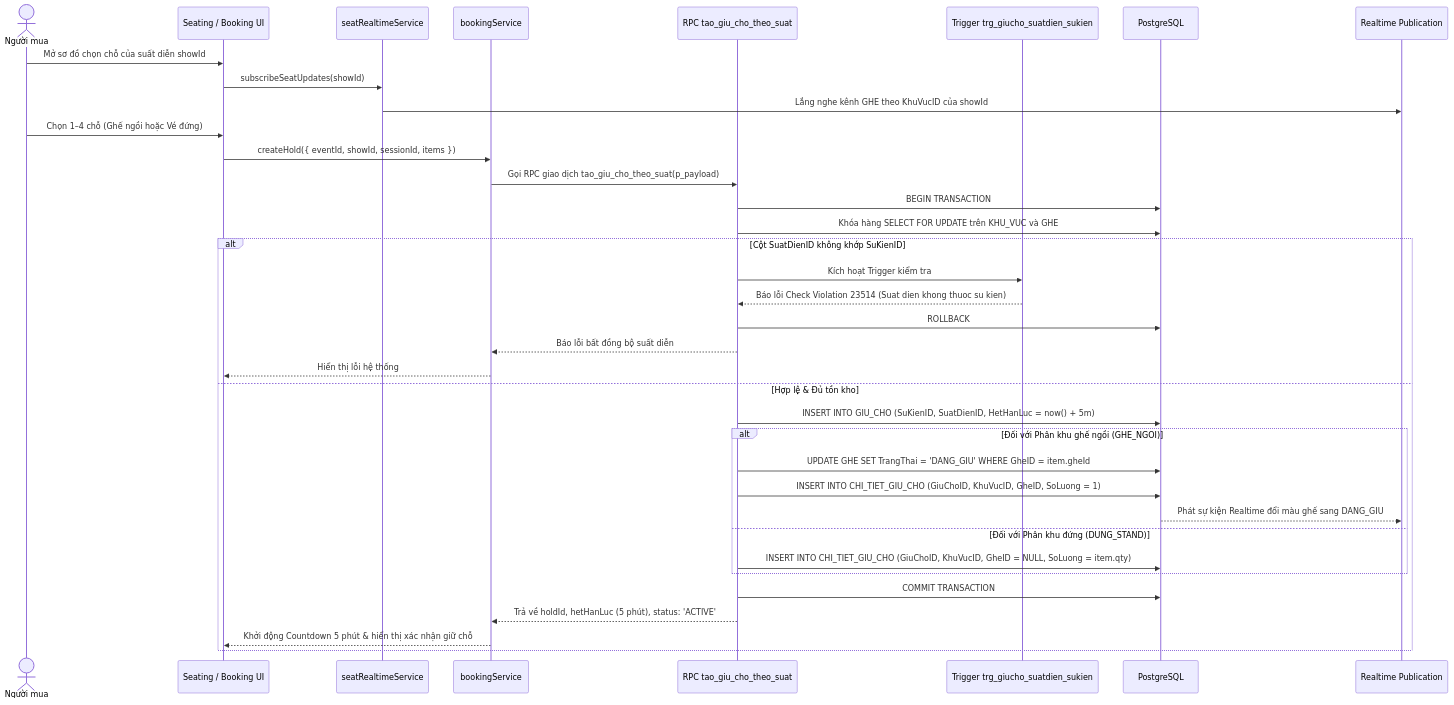
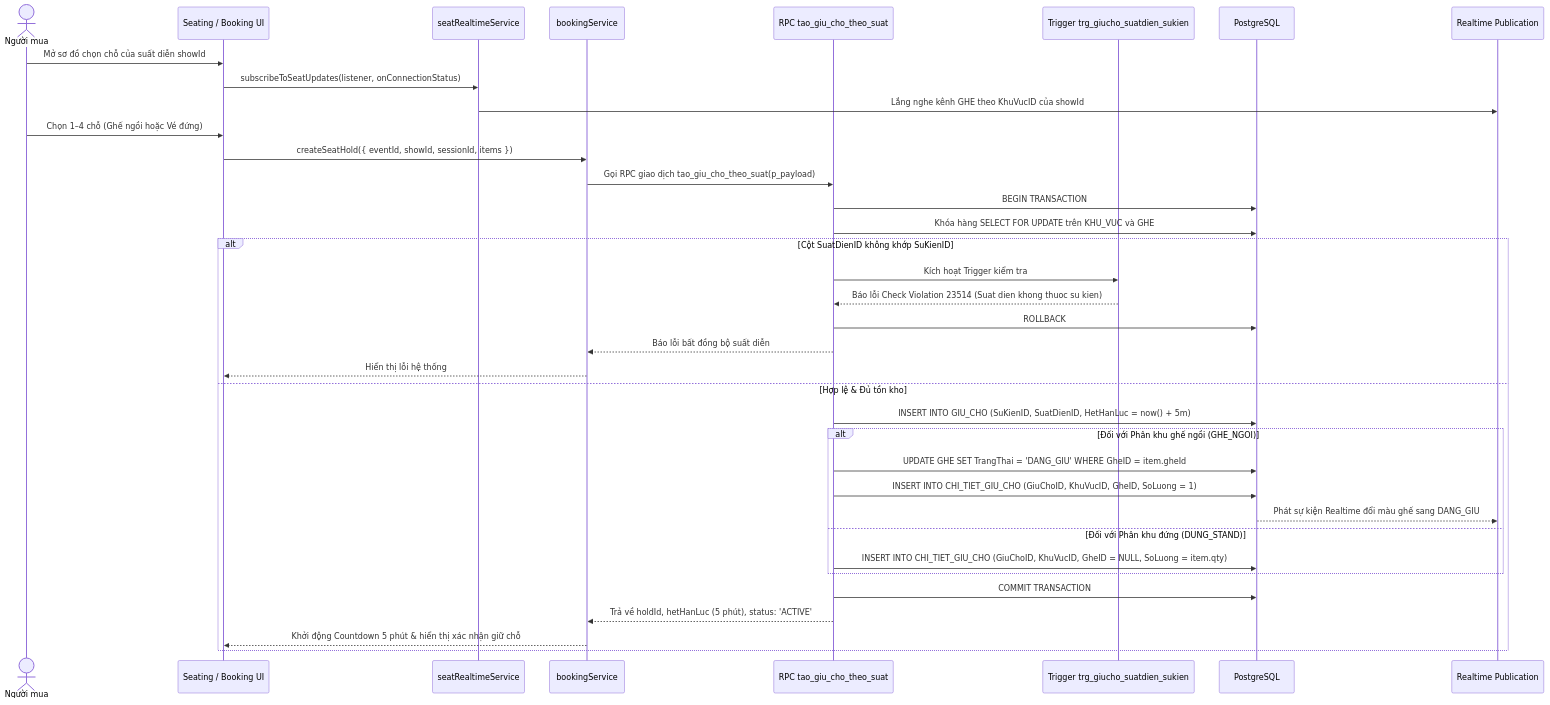
Before and after one commit to minhdc2011/EVENTTICKETING: the seventh of 11 diagrams in docs/sprint1-deliverables/02_ANALYSIS_AND_SYSTEM_DESIGN.md, drawn with Mermaid. The commit also changed other lines of this file and 2 other files, not shown here.

First line of the commit message:
docs: align ERD, class diagram and sequences with repo

````diff
--- a/docs/sprint1-deliverables/02_ANALYSIS_AND_SYSTEM_DESIGN.md
+++ b/docs/sprint1-deliverables/02_ANALYSIS_AND_SYSTEM_DESIGN.md
@@ -463,41 +464,41 @@
 ```mermaid
 sequenceDiagram
   actor U as Người mua
   participant UI as Seating / Booking UI
   participant SRS as seatRealtimeService
   participant BS as bookingService
   participant RPC as RPC tao_giu_cho_theo_suat
   participant TRG as Trigger trg_giucho_suatdien_sukien
   participant DB as PostgreSQL
   participant WS as Realtime Publication
 
   U->>UI: Mở sơ đồ chọn chỗ của suất diễn showId
-  UI->>SRS: subscribeSeatUpdates(showId)
+  UI->>SRS: subscribeToSeatUpdates(listener, onConnectionStatus)
   SRS->>WS: Lắng nghe kênh GHE theo KhuVucID của showId
 
   U->>UI: Chọn 1–4 chỗ (Ghế ngồi hoặc Vé đứng)
-  UI->>BS: createHold({ eventId, showId, sessionId, items })
+  UI->>BS: createSeatHold({ eventId, showId, sessionId, items })
   BS->>RPC: Gọi RPC giao dịch tao_giu_cho_theo_suat(p_payload)
   RPC->>DB: BEGIN TRANSACTION;
   RPC->>DB: Khóa hàng SELECT FOR UPDATE trên KHU_VUC và GHE
 
   alt Cột SuatDienID không khớp SuKienID
     RPC->>TRG: Kích hoạt Trigger kiểm tra
     TRG-->>RPC: Báo lỗi Check Violation 23514 (Suat dien khong thuoc su kien)
     RPC->>DB: ROLLBACK;
     RPC-->>BS: Báo lỗi bất đồng bộ suất diễn
     BS-->>UI: Hiển thị lỗi hệ thống
   else Hợp lệ & Đủ tồn kho
     RPC->>DB: INSERT INTO GIU_CHO (SuKienID, SuatDienID, HetHanLuc = now() + 5m)
     alt Đối với Phân khu ghế ngồi (GHE_NGOI)
       RPC->>DB: UPDATE GHE SET TrangThai = 'DANG_GIU' WHERE GheID = item.gheId
       RPC->>DB: INSERT INTO CHI_TIET_GIU_CHO (GiuChoID, KhuVucID, GheID, SoLuong = 1)
       DB-->>WS: Phát sự kiện Realtime đổi màu ghế sang DANG_GIU
     else Đối với Phân khu đứng (DUNG_STAND)
       RPC->>DB: INSERT INTO CHI_TIET_GIU_CHO (GiuChoID, KhuVucID, GheID = NULL, SoLuong = item.qty)
     end
     RPC->>DB: COMMIT TRANSACTION;
     RPC-->>BS: Trả về holdId, hetHanLuc (5 phút), status: 'ACTIVE'
     BS-->>UI: Khởi động Countdown 5 phút & hiển thị xác nhận giữ chỗ
   end
 ```
````
